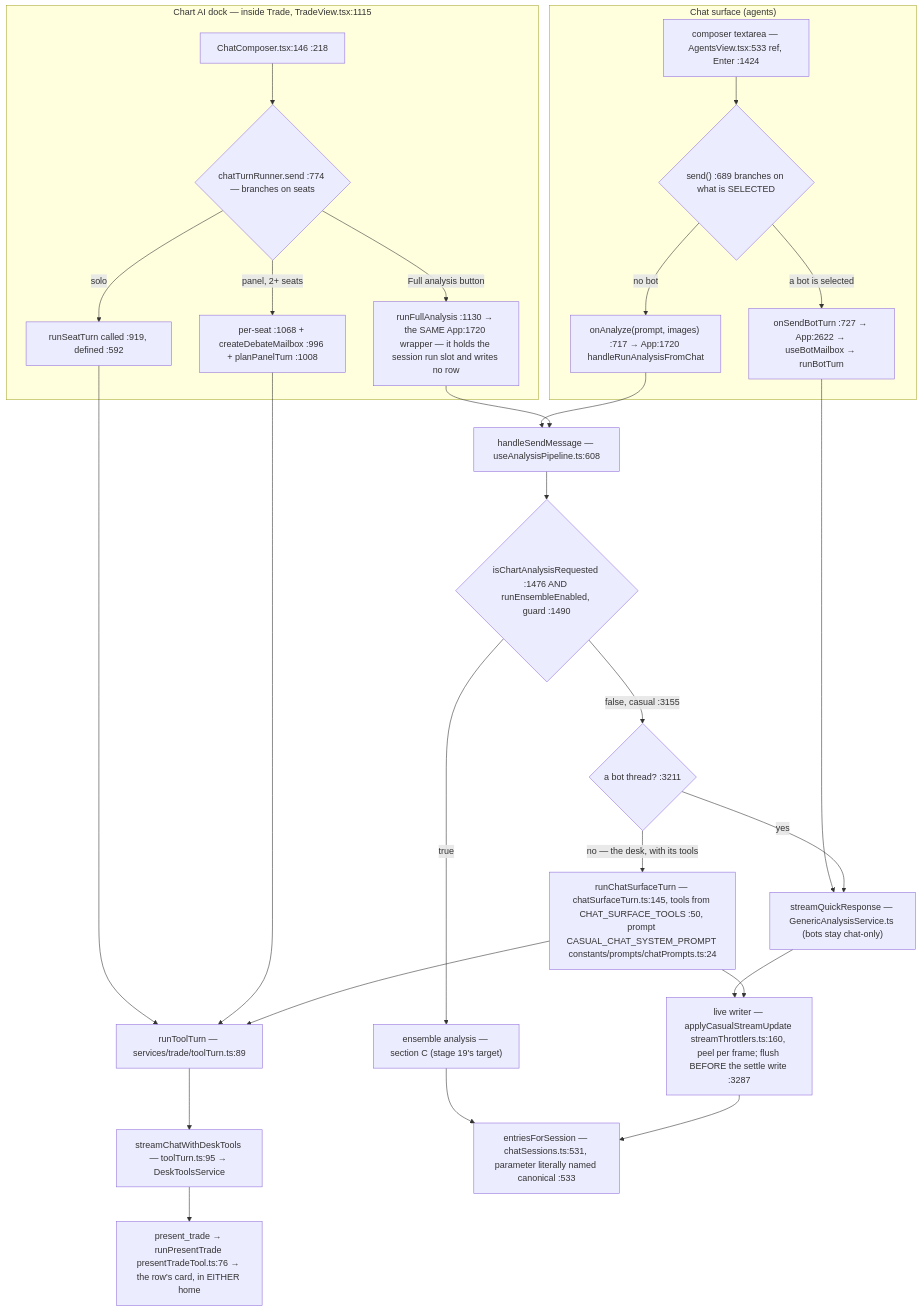
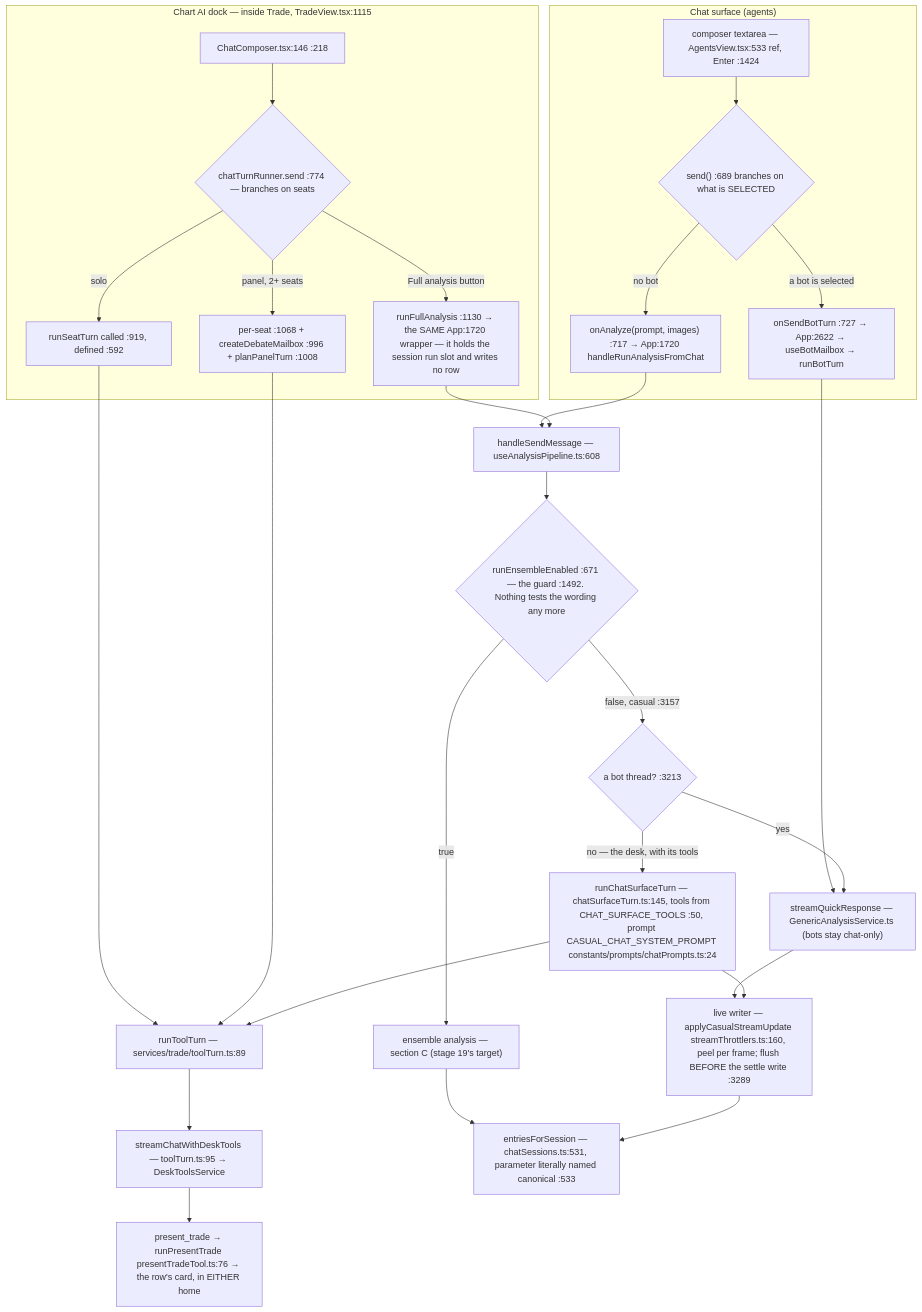
The second of 7 diagrams in docs/app-flow.md (Acepay25/august-3.5), drawn with Mermaid before and after one commit. The commit also changed other lines of this file and 4 other files, not shown here.

````diff
--- a/docs/app-flow.md
+++ b/docs/app-flow.md
@@ -49,31 +49,31 @@
 ```mermaid
 flowchart TD
     subgraph CHAT["Chat surface (agents)"]
         CB["composer textarea — AgentsView.tsx:533 ref, Enter :1424"] --> D1{"send() :689 branches on what is SELECTED"}
         D1 -->|a bot is selected| BOT["onSendBotTurn :727 → App:2622 → useBotMailbox → runBotTurn"]
         D1 -->|no bot| AN["onAnalyze(prompt, images) :717 → App:1720 handleRunAnalysisFromChat"]
     end
     subgraph DOCK["Chart AI dock — inside Trade, TradeView.tsx:1115"]
         DC["ChatComposer.tsx:146 :218"] --> D2{"chatTurnRunner.send :774 — branches on seats"}
         D2 -->|solo| SO["runSeatTurn called :919, defined :592"]
         D2 -->|panel, 2+ seats| PN["per-seat :1068 + createDebateMailbox :996 + planPanelTurn :1008"]
         D2 -->|Full analysis button| FA["runFullAnalysis :1130 → the SAME App:1720 wrapper — it holds the session run slot and writes no row"]
     end
     SO --> TT["runToolTurn — services/trade/toolTurn.ts:89"]
     PN --> TT
     TT --> SCDT["streamChatWithDeskTools — toolTurn.ts:95 → DeskToolsService"]
     BOT --> TR["streamQuickResponse — GenericAnalysisService.ts (bots stay chat-only)"]
     AN --> HSM["handleSendMessage — useAnalysisPipeline.ts:608"]
     FA --> HSM
-    HSM --> D3{"isChartAnalysisRequested :1476 AND runEnsembleEnabled, guard :1490"}
+    HSM --> D3{"runEnsembleEnabled :671 — the guard :1492. Nothing tests the wording any more"}
     D3 -->|true| ENS["ensemble analysis — section C (stage 19's target)"]
-    D3 -->|false, casual :3155| SPLIT{"a bot thread? :3211"}
+    D3 -->|false, casual :3157| SPLIT{"a bot thread? :3213"}
     SPLIT -->|yes| TR
     SPLIT -->|no — the desk, with its tools| CST["runChatSurfaceTurn — chatSurfaceTurn.ts:145, tools from CHAT_SURFACE_TOOLS :50, prompt CASUAL_CHAT_SYSTEM_PROMPT constants/prompts/chatPrompts.ts:24"]
     CST --> TT
-    TR --> LW["live writer — applyCasualStreamUpdate streamThrottlers.ts:160, peel per frame; flush BEFORE the settle write :3287"]
+    TR --> LW["live writer — applyCasualStreamUpdate streamThrottlers.ts:160, peel per frame; flush BEFORE the settle write :3289"]
     CST --> LW
     ENS --> MERGE
     LW --> MERGE["entriesForSession — chatSessions.ts:531, parameter literally named canonical :533"]
     SCDT --> PT["present_trade → runPresentTrade presentTradeTool.ts:76 → the row's card, in EITHER home"]
 ```
````
